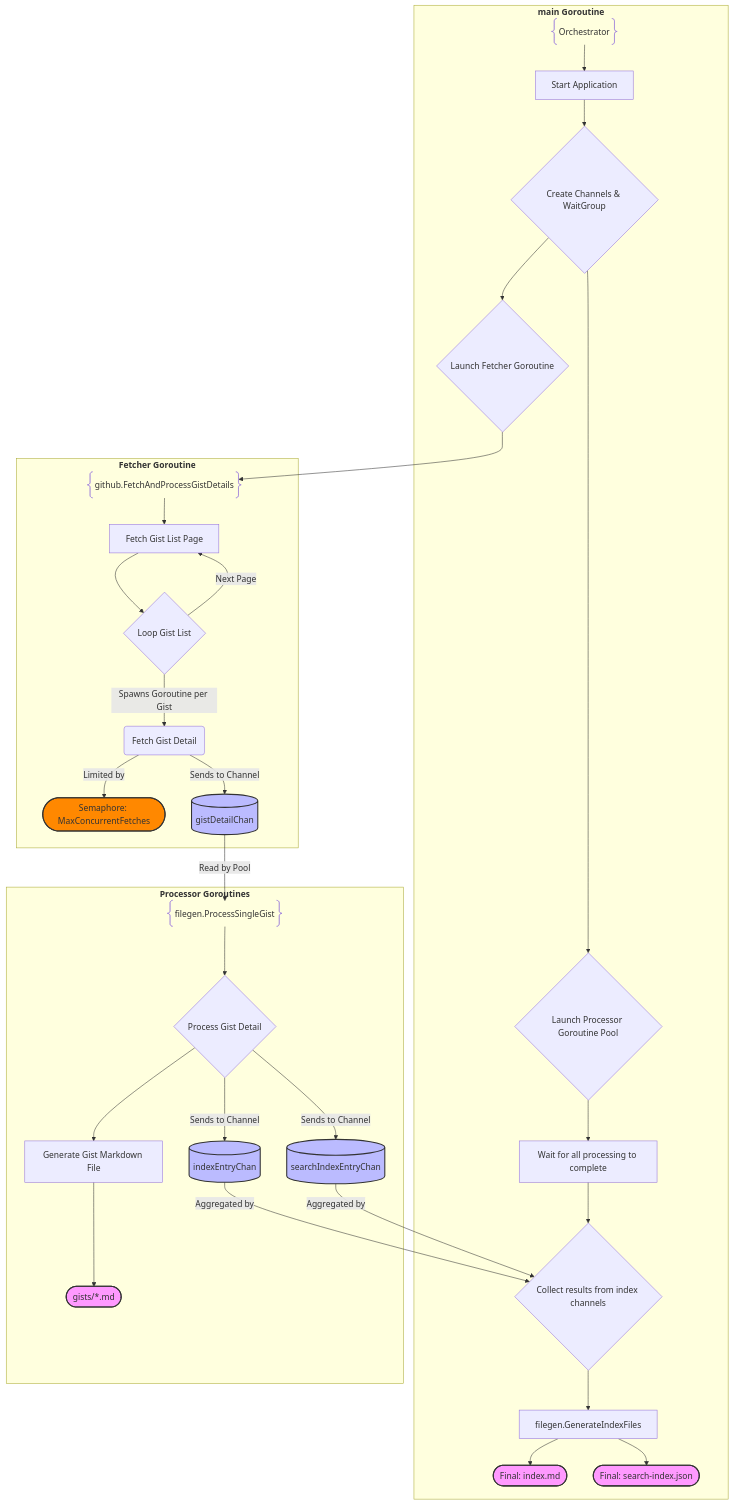
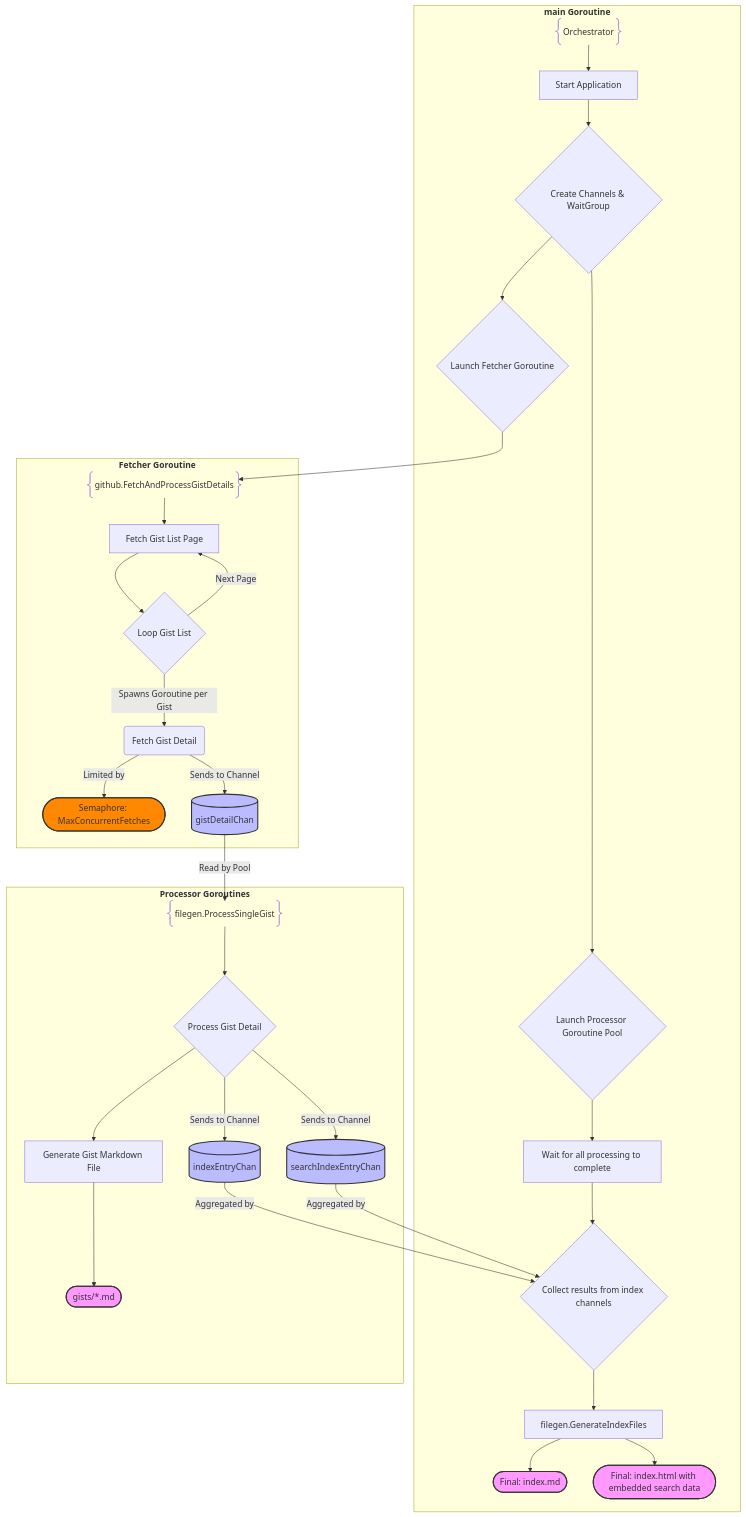
The diagram in docs/go-backend.md (Integralist/gist-archiver), drawn with Mermaid before and after one commit. The commit also changed other lines of this file and 2 other files, not shown here.

````diff
--- a/docs/go-backend.md
+++ b/docs/go-backend.md
@@ -42,44 +42,44 @@
 ```mermaid
 graph TD
     subgraph "<b>main Goroutine</b>"
         N1@{ shape: braces, label: "Orchestrator" } --> A
         A[Start Application] --> B{Create Channels & WaitGroup};
         B --> C{Launch Fetcher Goroutine};
         B --> D{Launch Processor Goroutine Pool};
         D --> G[Wait for all processing to complete];
         G --> H{Collect results from index channels};
         H --> I[filegen.GenerateIndexFiles];
         I --> J([Final: index.md]);
-        I --> K([Final: search-index.json]);
+        I --> K([Final: index.html with embedded search data]);
     end
 
     subgraph "<b>Fetcher Goroutine</b>"
         C --> N2@{ shape: braces, label: "github.FetchAndProcessGistDetails" }
         N2 --> F1[Fetch Gist List Page];
         F1 --> F2{Loop Gist List};
         F2 -- Spawns Goroutine per Gist --> F3(Fetch Gist Detail);
         F3 -- Limited by --> SEM([Semaphore: MaxConcurrentFetches]);
         F3 -- Sends to Channel --> Chan1[(gistDetailChan)];
         F2 -- Next Page --> F1;
     end
 
     subgraph "<b>Processor Goroutines</b>"
         Chan1 -- Read by Pool --> N3@{ shape: braces, label: "filegen.ProcessSingleGist" }
         N3 --> P1{Process Gist Detail};
         P1 --> P2[Generate Gist Markdown File];
         P2 --> P_OUT([gists/*.md]);
         P1 -- Sends to Channel --> Chan2[(indexEntryChan)];
         P1 -- Sends to Channel --> Chan3[(searchIndexEntryChan)];
     end
 
     Chan2 -- Aggregated by --> H;
     Chan3 -- Aggregated by --> H;
 
     style J fill:#f9f,stroke:#333,stroke-width:2px
     style K fill:#f9f,stroke:#333,stroke-width:2px
     style P_OUT fill:#f9f,stroke:#333,stroke-width:2px
     style Chan1 fill:#bbf,stroke:#333,stroke-width:2px
     style Chan2 fill:#bbf,stroke:#333,stroke-width:2px
     style Chan3 fill:#bbf,stroke:#333,stroke-width:2px
     style SEM fill:#f80,stroke:#333,stroke-width:2px
 ```
````
